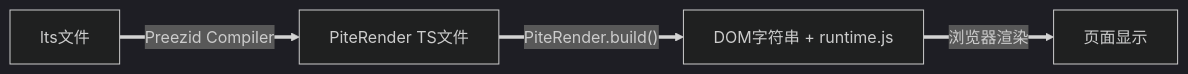
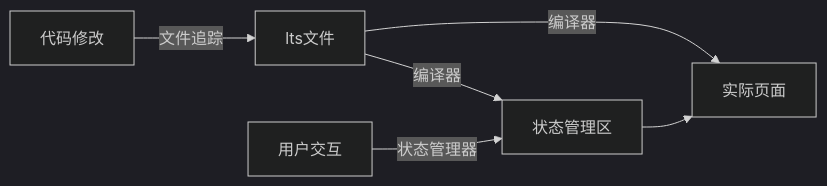
The second of 3 diagrams in docs/5-runtime/5.2-reactivity.md (Twisuki/preezid), drawn with Mermaid (dark theme) before and after one commit. The commit also changed other lines of this file and 3 other files, not shown here.

````diff
--- a/docs/5-runtime/5.2-reactivity.md
+++ b/docs/5-runtime/5.2-reactivity.md
@@ -144,11 +145,6 @@
 ```mermaid
 flowchart LR
-  A["lts文件"]
-  B["PiteRender TS文件"]
-  C["DOM字符串 + runtime.js"]
-  D["页面显示"]
-  
-  A == "Preezid Compiler" ==> B
-  B == "PiteRender.build()" ==> C
-  C == "浏览器渲染" ==> D
+    A["lts文件"] -- "编译器" --> B["实际页面"] & C["状态管理区"]
+    D["用户交互"] -- "状态管理器" --> C --> B
+    E["代码修改"] -- "文件追踪" --> A
 ```
````
